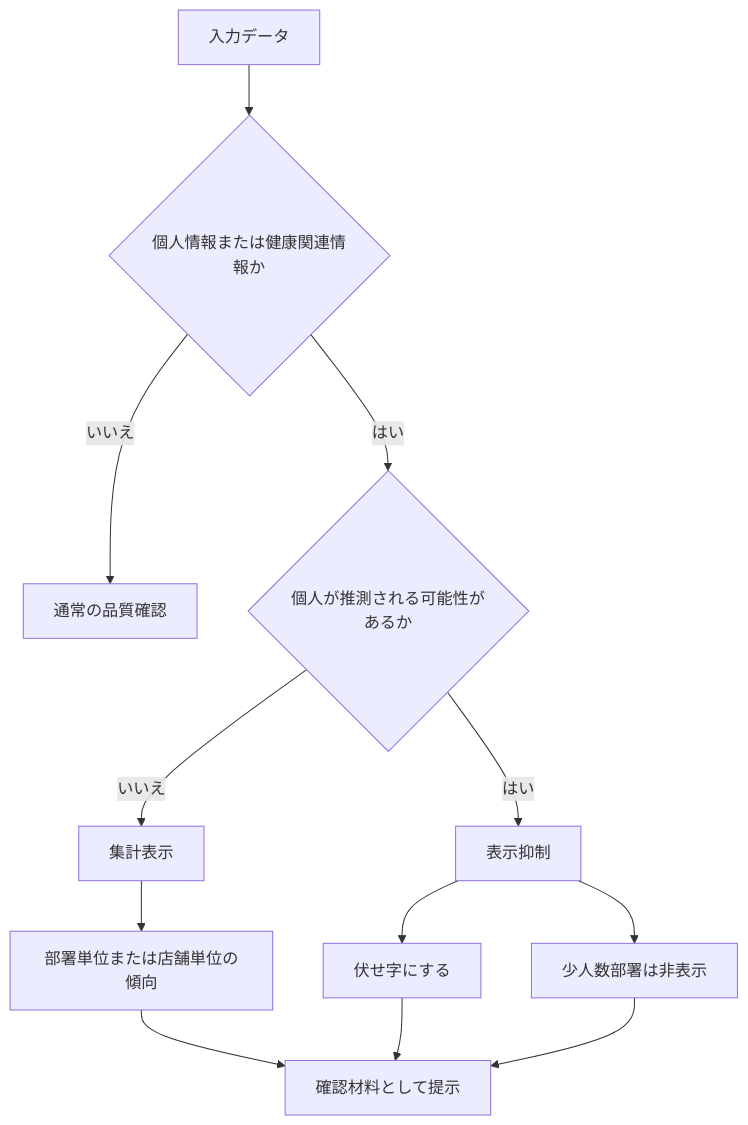
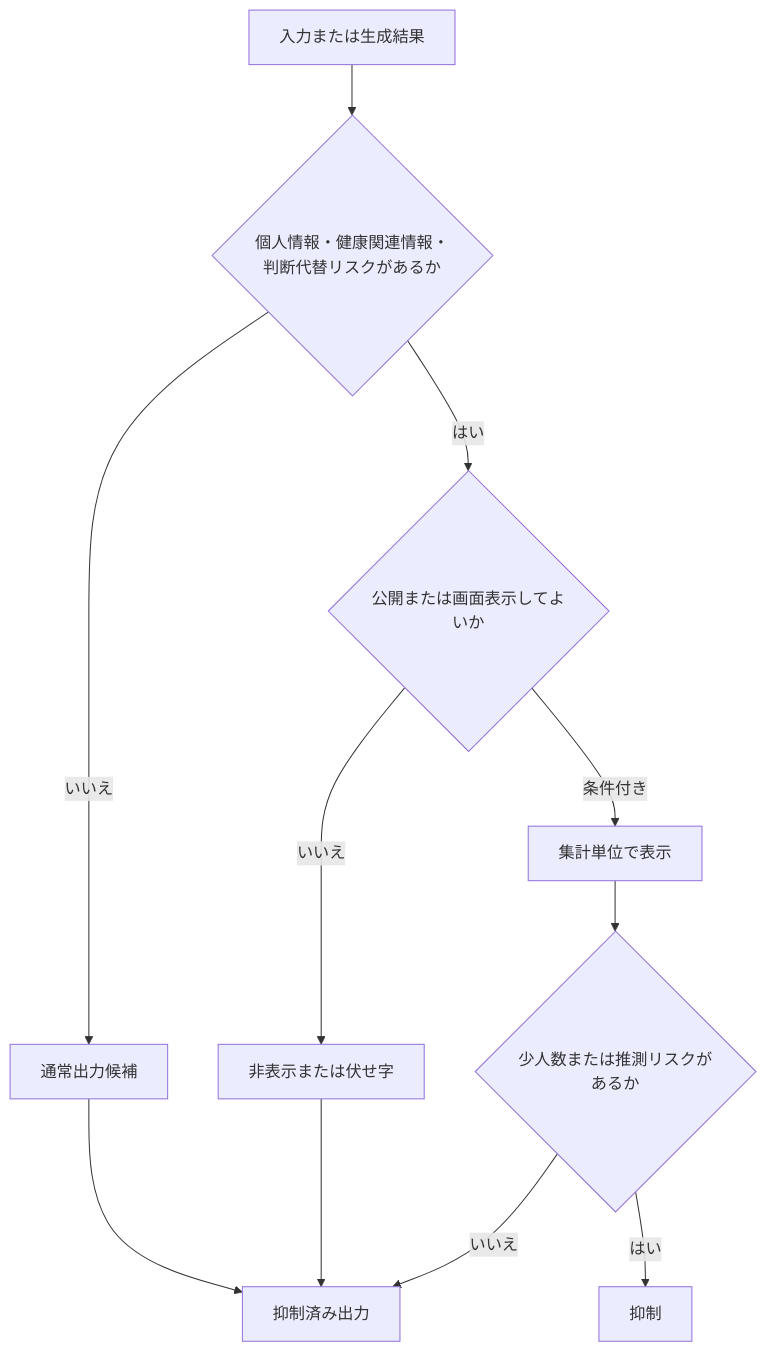
Before and after one commit to fumiya-data/labor-lens: the third of 3 diagrams in docs/product/REQUIREMENTS.md, drawn with Mermaid. The commit also changed other lines of this file and 14 other files, not shown here.

````diff
--- a/docs/product/REQUIREMENTS.md
+++ b/docs/product/REQUIREMENTS.md
@@ -168,16 +376,13 @@
 ```mermaid
 flowchart TD
-    A[入力データ] --> B{個人情報または健康関連情報か}
-    B -- いいえ --> C[通常の品質確認]
-    B -- はい --> D{個人が推測される可能性があるか}
-    D -- はい --> E[表示抑制]
-    D -- いいえ --> F[集計表示]
-
-    E --> G[伏せ字にする]
-    E --> H[少人数部署は非表示]
-    F --> I[部署単位または店舗単位の傾向]
-
-    I --> J[確認材料として提示]
-    G --> J
-    H --> J
+    A[入力または生成結果] --> B{個人情報・健康関連情報・判断代替リスクがあるか}
+    B -- いいえ --> C[通常出力候補]
+    B -- はい --> D{公開または画面表示してよいか}
+    D -- いいえ --> E[非表示または伏せ字]
+    D -- 条件付き --> F[集計単位で表示]
+    F --> G{少人数または推測リスクがあるか}
+    G -- はい --> H[抑制]
+    G -- いいえ --> I[抑制済み出力]
+    E --> I
+    C --> I
 ```
````
